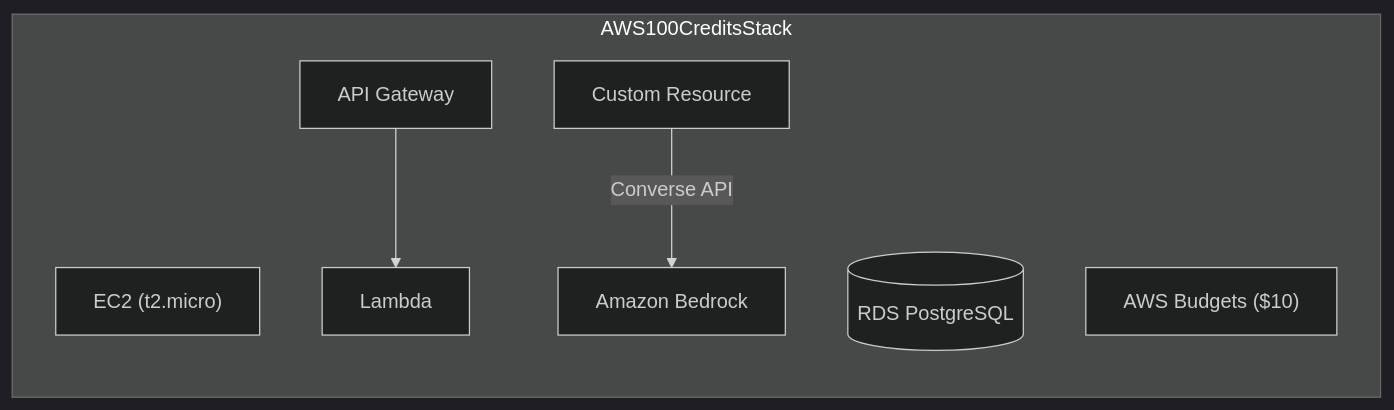
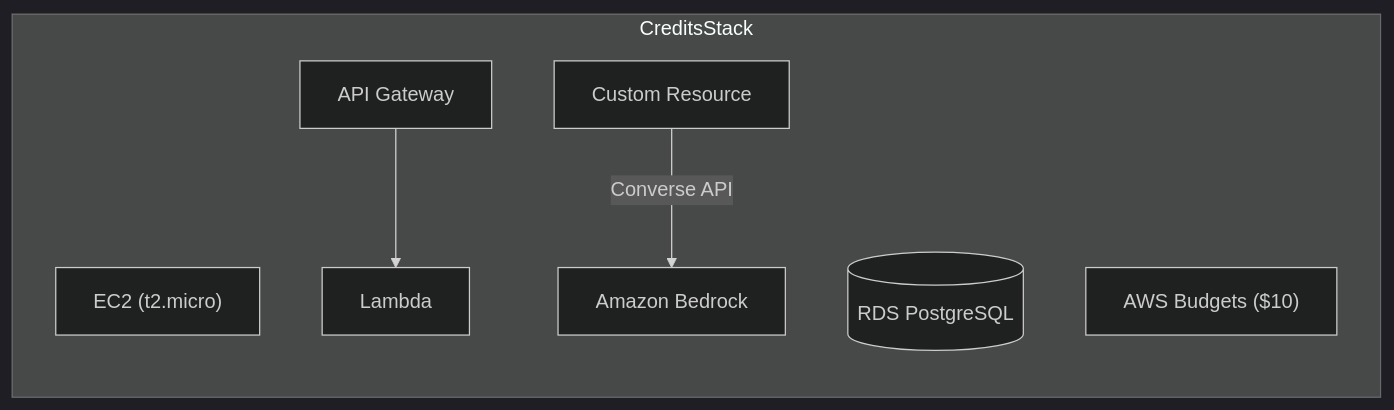
The diagram in README.md (thiagoericson/aws-credits-collector-cdk-python), drawn with Mermaid (dark theme) before and after one commit.

Commit message:
Rename AWS100CreditsStack to CreditsStack

````diff
--- a/README.md
+++ b/README.md
@@ -10,10 +10,10 @@
 ```mermaid
 graph LR
-    subgraph Stack ["AWS100CreditsStack"]
+    subgraph Stack ["CreditsStack"]
         EC2["EC2 (t2.micro)"]
         RDS[("RDS PostgreSQL")]
         APIGW["API Gateway"] --> Lambda["Lambda"]
         Budget["AWS Budgets ($10)"]
         CR["Custom Resource"] -->|Converse API| Bedrock["Amazon Bedrock"]
     end
 ```
````
